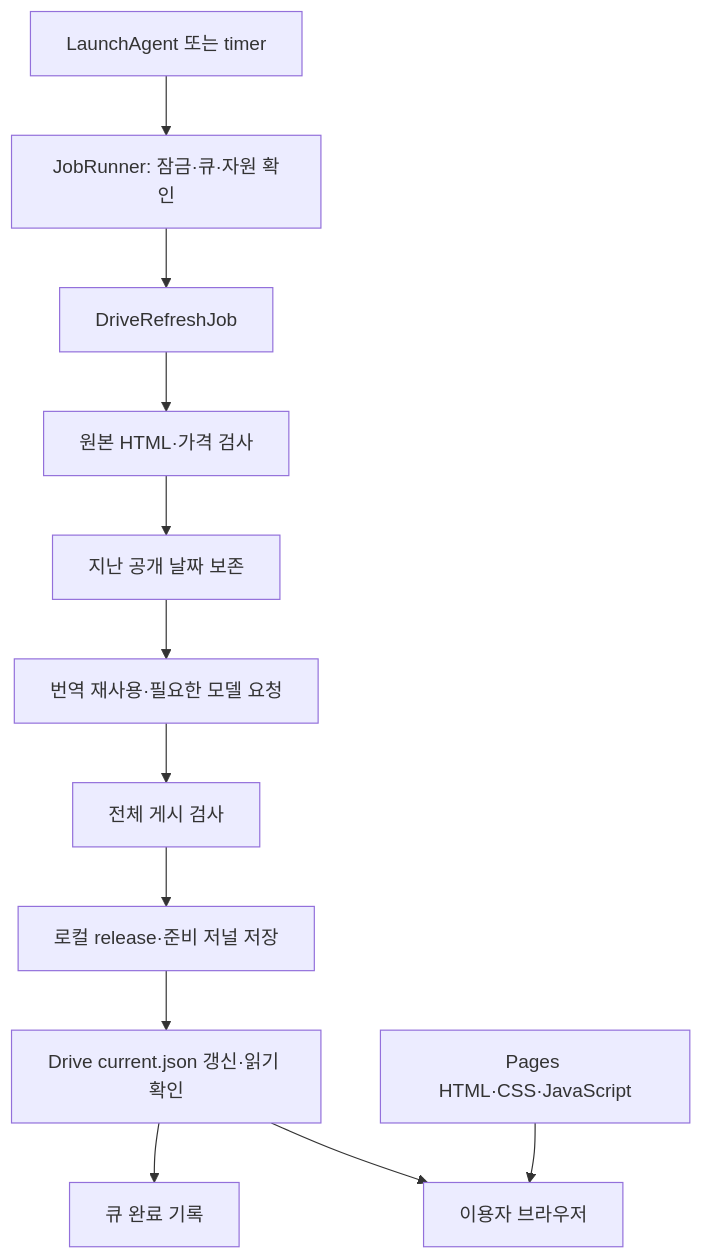
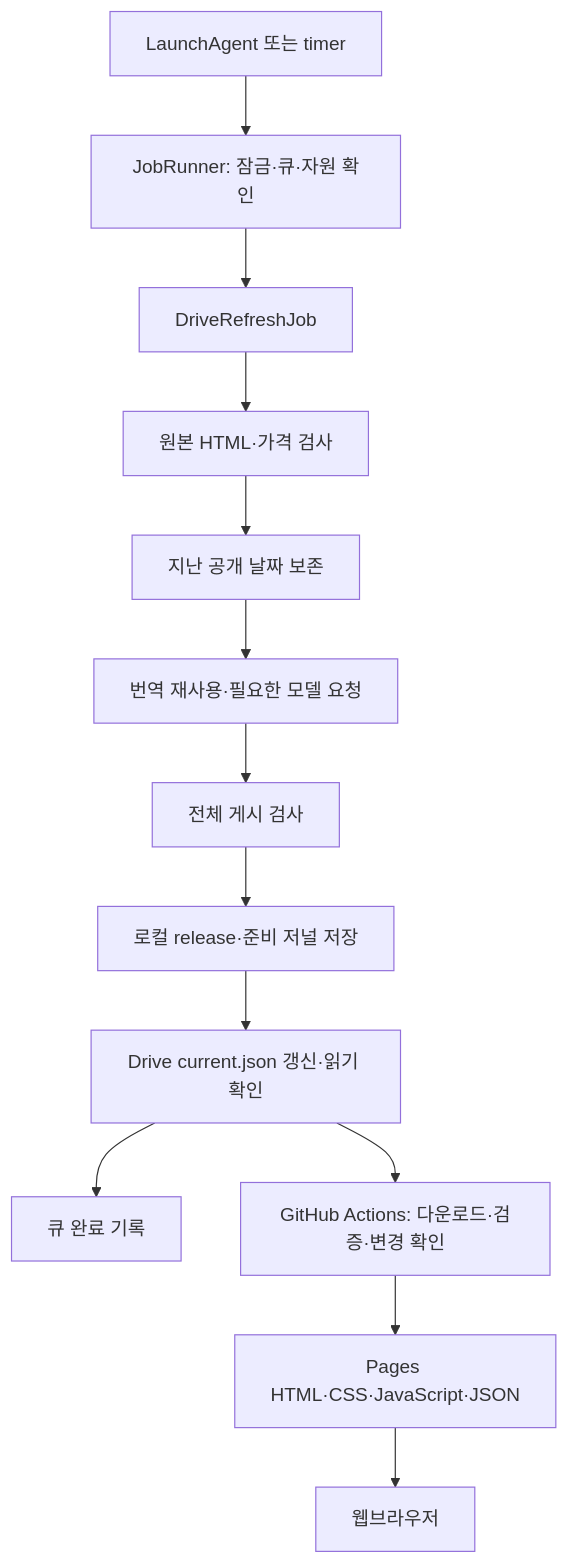
Before and after one commit to garlicvread/2026_KIST_EU_accelerating_MENSA_menu_lookup: the diagram in docs/architecture.md, drawn with Mermaid. The commit also changed other lines of this file and 18 other files, not shown here.

Commit message:
Serve Drive menu data through Pages deployments (#9)

````diff
--- a/docs/architecture.md
+++ b/docs/architecture.md
@@ -29,14 +29,15 @@
 ```mermaid
 flowchart TD
   Timer[LaunchAgent 또는 timer] --> Runner[JobRunner: 잠금·큐·자원 확인]
   Runner --> DriveJob[DriveRefreshJob]
   DriveJob --> Source[원본 HTML·가격 검사]
   Source --> Retain[지난 공개 날짜 보존]
   Retain --> Translate[번역 재사용·필요한 모델 요청]
   Translate --> Validate[전체 게시 검사]
   Validate --> Local[로컬 release·준비 저널 저장]
   Local --> Drive[Drive current.json 갱신·읽기 확인]
   Drive --> Complete[큐 완료 기록]
-  Pages[Pages HTML·CSS·JavaScript] --> Browser[이용자 브라우저]
-  Drive --> Browser
+  Drive --> Actions[GitHub Actions: 다운로드·검증·변경 확인]
+  Actions --> Pages[Pages HTML·CSS·JavaScript·JSON]
+  Pages --> Browser[웹브라우저]
 ```
````
